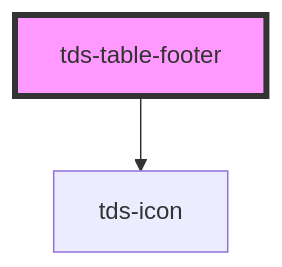
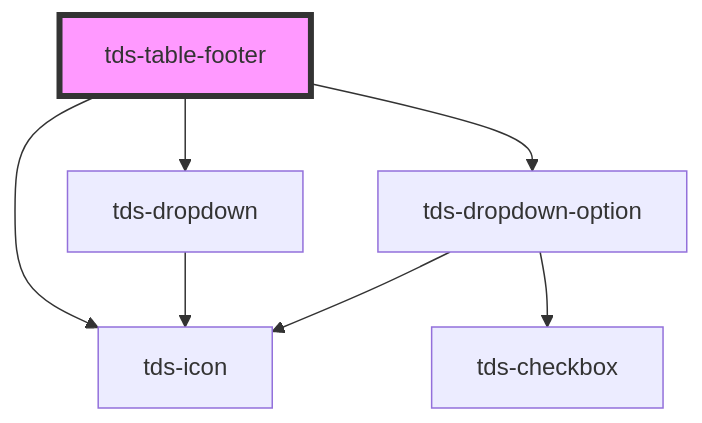
The diagram in packages/core/src/components/table/table-footer/readme.md (scania-digital-design-system/tegel), drawn with Mermaid before and after one commit. The commit also changed other lines of this file and 12 other files, not shown here.

````diff
--- a/packages/core/src/components/table/table-footer/readme.md
+++ b/packages/core/src/components/table/table-footer/readme.md
@@ -32,5 +36,10 @@
 ```mermaid
 graph TD;
+  tds-table-footer --> tds-dropdown
+  tds-table-footer --> tds-dropdown-option
   tds-table-footer --> tds-icon
+  tds-dropdown --> tds-icon
+  tds-dropdown-option --> tds-checkbox
+  tds-dropdown-option --> tds-icon
   style tds-table-footer fill:#f9f,stroke:#333,stroke-width:4px
 ```
````
